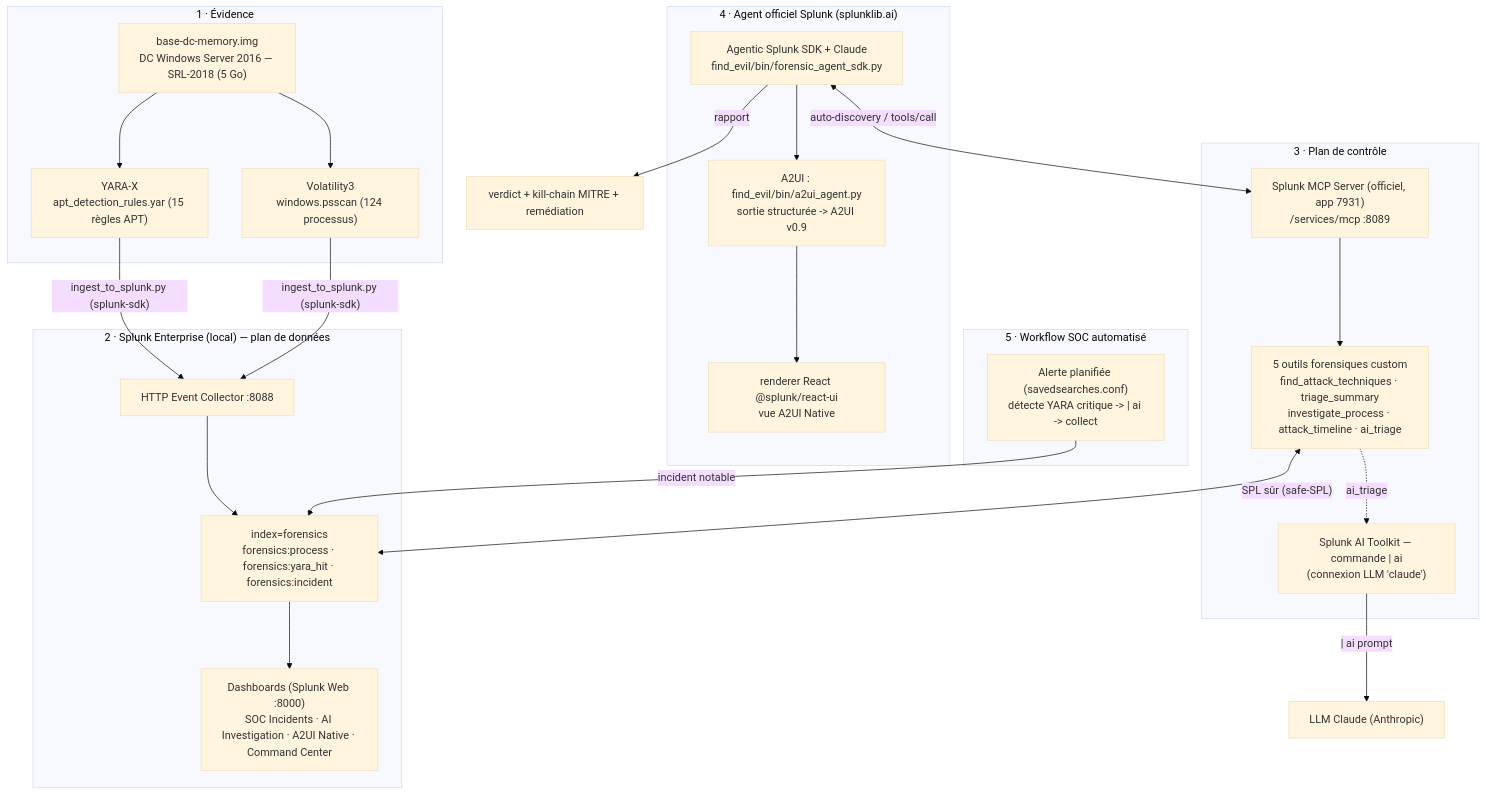
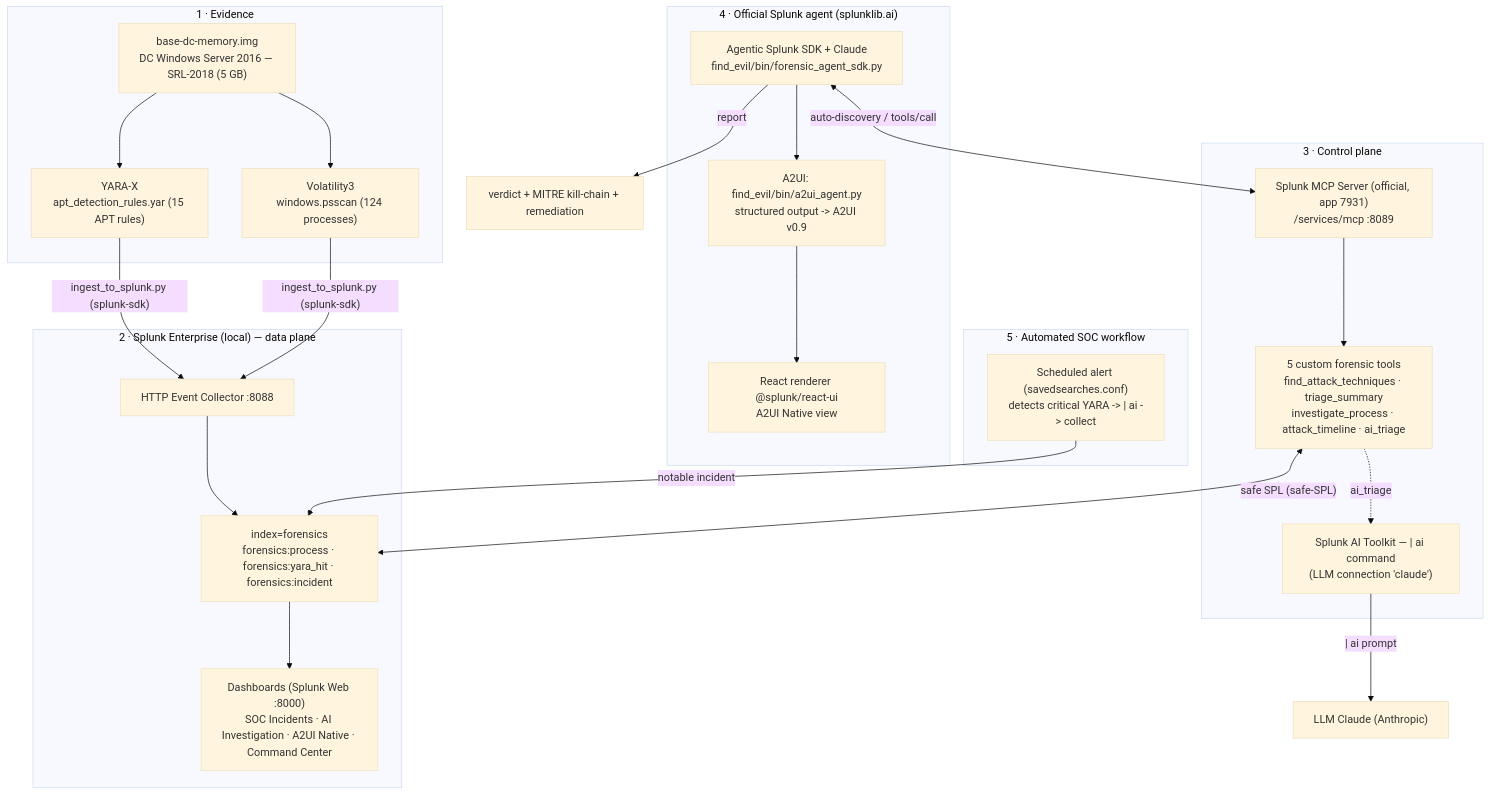
Before and after one commit to julien2613/find-evil-splunk: the diagram in ARCHITECTURE.md, drawn with Mermaid (base theme). The commit also changed other lines of this file and 40 other files, not shown here.

````diff
--- a/ARCHITECTURE.md
+++ b/ARCHITECTURE.md
@@ -9,42 +9,42 @@
 ```mermaid
 flowchart TB
-    subgraph EV["1 · Évidence"]
-        IMG["base-dc-memory.img<br/>DC Windows Server 2016 — SRL-2018 (5 Go)"]
-        YARA["YARA-X<br/>apt_detection_rules.yar (15 règles APT)"]
-        VOL["Volatility3<br/>windows.psscan (124 processus)"]
+    subgraph EV["1 · Evidence"]
+        IMG["base-dc-memory.img<br/>DC Windows Server 2016 — SRL-2018 (5 GB)"]
+        YARA["YARA-X<br/>apt_detection_rules.yar (15 APT rules)"]
+        VOL["Volatility3<br/>windows.psscan (124 processes)"]
         IMG --> YARA & VOL
     end
 
-    subgraph SPL["2 · Splunk Enterprise (local) — plan de données"]
+    subgraph SPL["2 · Splunk Enterprise (local) — data plane"]
         HEC["HTTP Event Collector :8088"]
         IDX["index=forensics<br/>forensics:process · forensics:yara_hit · forensics:incident"]
         DASH["Dashboards (Splunk Web :8000)<br/>SOC Incidents · AI Investigation · A2UI Native · Command Center"]
         HEC --> IDX --> DASH
     end
 
-    subgraph MCP["3 · Plan de contrôle"]
-        SRV["Splunk MCP Server (officiel, app 7931)<br/>/services/mcp :8089"]
-        TOOLS["5 outils forensiques custom<br/>find_attack_techniques · triage_summary<br/>investigate_process · attack_timeline · ai_triage"]
-        AITK["Splunk AI Toolkit — commande | ai<br/>(connexion LLM 'claude')"]
+    subgraph MCP["3 · Control plane"]
+        SRV["Splunk MCP Server (official, app 7931)<br/>/services/mcp :8089"]
+        TOOLS["5 custom forensic tools<br/>find_attack_techniques · triage_summary<br/>investigate_process · attack_timeline · ai_triage"]
+        AITK["Splunk AI Toolkit — | ai command<br/>(LLM connection 'claude')"]
         SRV --> TOOLS
         TOOLS -. "ai_triage" .-> AITK
     end
 
-    subgraph AGENT["4 · Agent officiel Splunk (splunklib.ai)"]
+    subgraph AGENT["4 · Official Splunk agent (splunklib.ai)"]
         SDK["Agentic Splunk SDK + Claude<br/>find_evil/bin/forensic_agent_sdk.py"]
-        A2AGENT["A2UI : find_evil/bin/a2ui_agent.py<br/>sortie structurée -> A2UI v0.9"]
-        REACT["renderer React @splunk/react-ui<br/>vue A2UI Native"]
+        A2AGENT["A2UI: find_evil/bin/a2ui_agent.py<br/>structured output -> A2UI v0.9"]
+        REACT["React renderer @splunk/react-ui<br/>A2UI Native view"]
         SDK --> A2AGENT --> REACT
     end
 
-    subgraph WF["5 · Workflow SOC automatisé"]
-        ALERT["Alerte planifiée (savedsearches.conf)<br/>détecte YARA critique -> | ai -> collect"]
+    subgraph WF["5 · Automated SOC workflow"]
+        ALERT["Scheduled alert (savedsearches.conf)<br/>detects critical YARA -> | ai -> collect"]
     end
 
     YARA & VOL -->|"ingest_to_splunk.py (splunk-sdk)"| HEC
-    TOOLS <-->|"SPL sûr (safe-SPL)"| IDX
+    TOOLS <-->|"safe SPL (safe-SPL)"| IDX
     AITK -->|"| ai prompt"| LLM["LLM Claude (Anthropic)"]
     SDK <-->|"auto-discovery / tools/call"| SRV
-    ALERT -->|"incident notable"| IDX
-    SDK -->|rapport| OUT["verdict + kill-chain MITRE + remédiation"]
+    ALERT -->|"notable incident"| IDX
+    SDK -->|report| OUT["verdict + MITRE kill-chain + remediation"]
 ```
````
